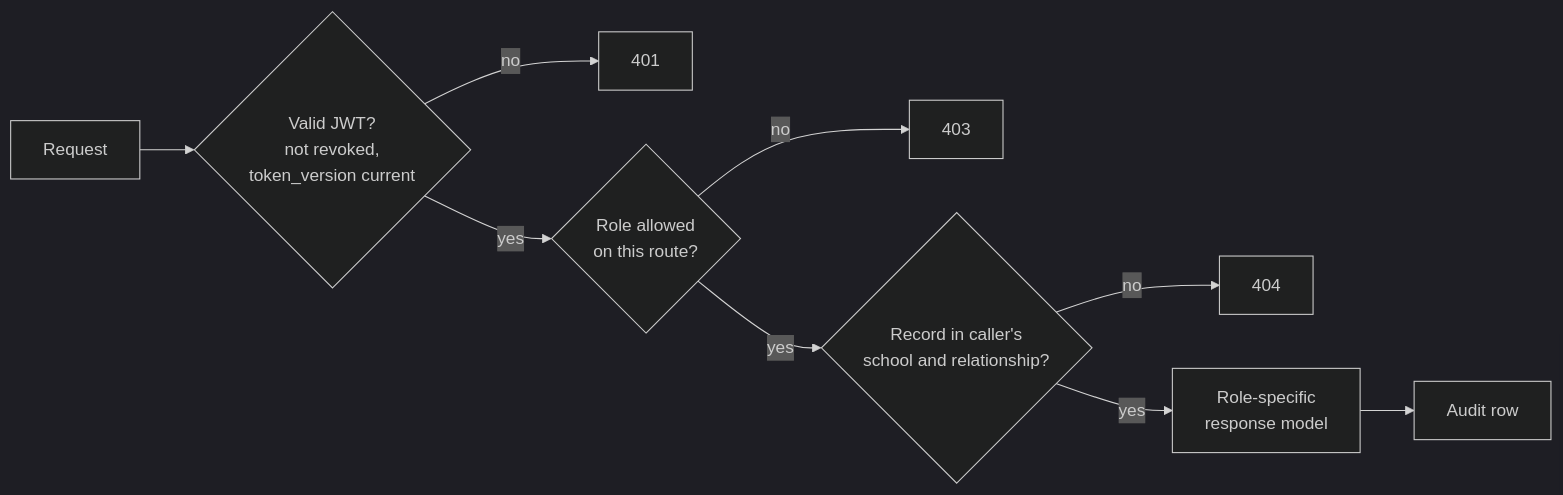
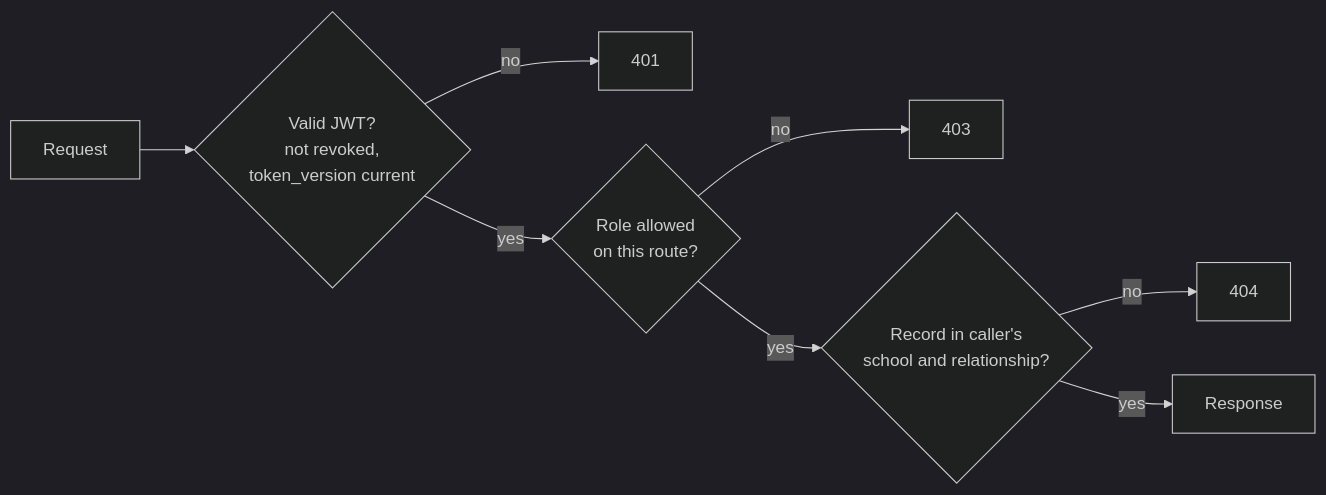
Before and after one commit to akirachix/prism-technical-documentation: the diagram in docs/security/access-control.md, drawn with Mermaid (dark theme). The commit also changed other lines of this file and 154 other files, not shown here.

````diff
--- a/docs/security/access-control.md
+++ b/docs/security/access-control.md
@@ -45,11 +45,10 @@
 ```mermaid
 flowchart LR
     R[Request] --> A{Valid JWT?<br/>not revoked,<br/>token_version current}
     A -- no --> E401[401]
     A -- yes --> B{Role allowed<br/>on this route?}
     B -- no --> E403[403]
     B -- yes --> C{Record in caller's<br/>school and relationship?}
     C -- no --> E404[404]
-    C -- yes --> D[Role-specific<br/>response model]
-    D --> L[Audit row]
+    C -- yes --> D[Response]
 ```
````
